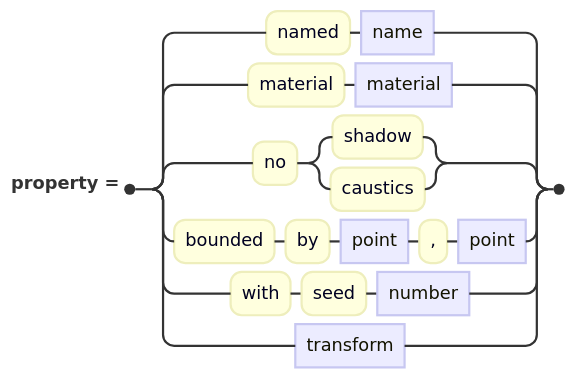
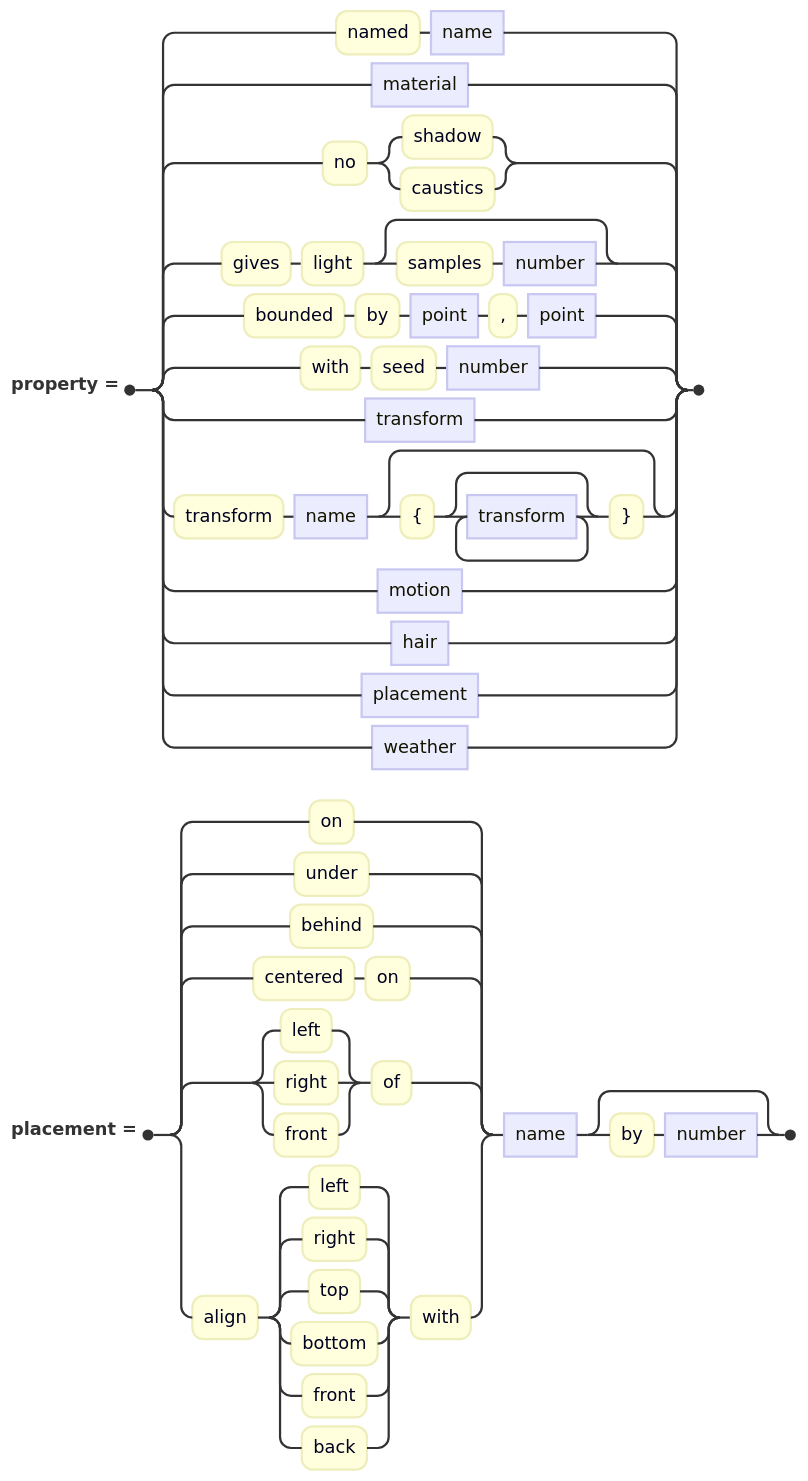
Before and after one commit to jskress/RayTracer: the diagram in docs/diagrams/surfaces/surfaceEntryClause.mmd, drawn with Mermaid. The commit also changed 142 other files, not shown here.

```diff
--- a/docs/diagrams/surfaces/surfaceEntryClause.mmd
+++ b/docs/diagrams/surfaces/surfaceEntryClause.mmd
@@ -1,5 +1,11 @@
 railroad-ebnf-beta
 title "Properties every surface has"
 
-property = "named" name | "material" material | "no" ( "shadow" | "caustics" )
-         | "bounded" "by" point "," point | "with" "seed" number | transform ;
+property = "named" name | material | "no" ( "shadow" | "caustics" )
+         | "gives" "light" [ "samples" number ] | "bounded" "by" point "," point
+         | "with" "seed" number | transform | "transform" name [ "{" { transform } "}" ]
+         | motion | hair | placement | weather ;
+
+placement = ( "on" | "under" | "behind" | "centered" "on" | ( "left" | "right" | "front" ) "of"
+            | "align" ( "left" | "right" | "top" | "bottom" | "front" | "back" ) "with" )
+            name [ "by" number ] ;
```
